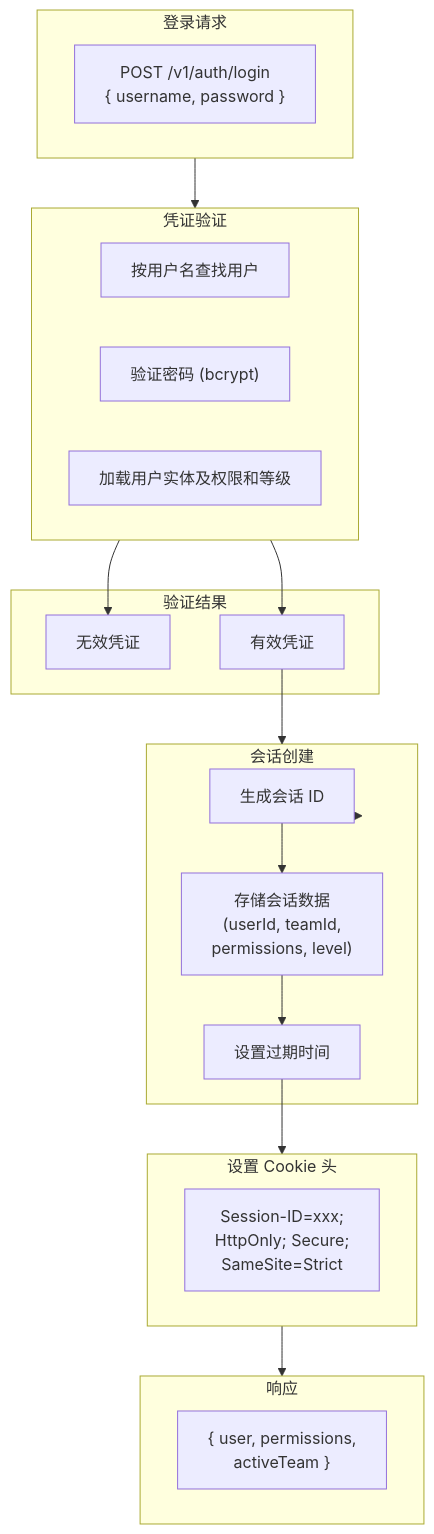
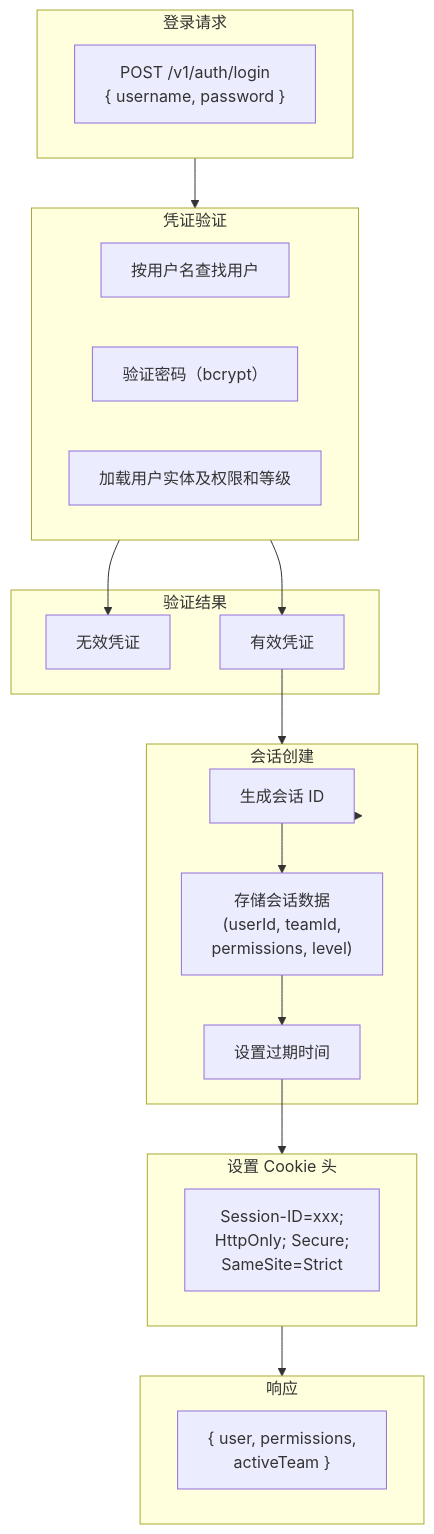
One commit to pofossette/TrapMap-for-vibing changed the eighth of 10 diagrams in docs/architecture/FLOW.md. Above: the diagram before and after it, drawn with Mermaid. The commit also changed other lines of this file and 31 other files, not shown here.

````diff
--- a/docs/architecture/FLOW.md
+++ b/docs/architecture/FLOW.md
@@ -399,41 +399,41 @@
 ```mermaid
 flowchart TB
-    subgraph LoginRequest["登录请求"]
+    subgraph 登录请求["登录请求"]
         PostLogin["POST /v1/auth/login\n{ username, password }"]
     end
     
-    subgraph CredentialValidation["凭证验证"]
+    subgraph 凭证验证["凭证验证"]
         FindUser["按用户名查找用户"]
-        VerifyPassword["验证密码 (bcrypt)"]
+        VerifyPassword["验证密码（bcrypt）"]
         LoadPermissions["加载用户实体及权限和等级"]
     end
     
-    subgraph AuthResult["验证结果"]
+    subgraph 验证结果["验证结果"]
         InvalidCreds["无效凭证"]
         ValidCreds["有效凭证"]
     end
     
-    subgraph SessionCreation["会话创建"]
+    subgraph 会话创建["会话创建"]
         GenerateSessionId["生成会话 ID"]
         StoreSessionData["存储会话数据\n(userId, teamId,\npermissions, level)"]
         SetExpiry["设置过期时间"]
     end
     
-    subgraph SetCookie["设置 Cookie 头"]
+    subgraph 设置Cookie["设置 Cookie 头"]
         CookieHeader["Session-ID=xxx;\nHttpOnly; Secure;\nSameSite=Strict"]
     end
     
-    subgraph Response["响应"]
+    subgraph 响应["响应"]
         RespBody["{ user, permissions,\nactiveTeam }"]
     end
 
-    LoginRequest --> CredentialValidation
-    CredentialValidation --> InvalidCreds
-    CredentialValidation --> ValidCreds
-    ValidCreds --> SessionCreation
-    SessionCreation --> GenerateSessionId
+    登录请求 --> 凭证验证
+    凭证验证 --> InvalidCreds
+    凭证验证 --> ValidCreds
+    ValidCreds --> 会话创建
+    会话创建 --> GenerateSessionId
     GenerateSessionId --> StoreSessionData
     StoreSessionData --> SetExpiry
-    SetExpiry --> SetCookie
-    SetCookie --> Response
+    SetExpiry --> 设置Cookie
+    设置Cookie --> 响应
 ```
````
